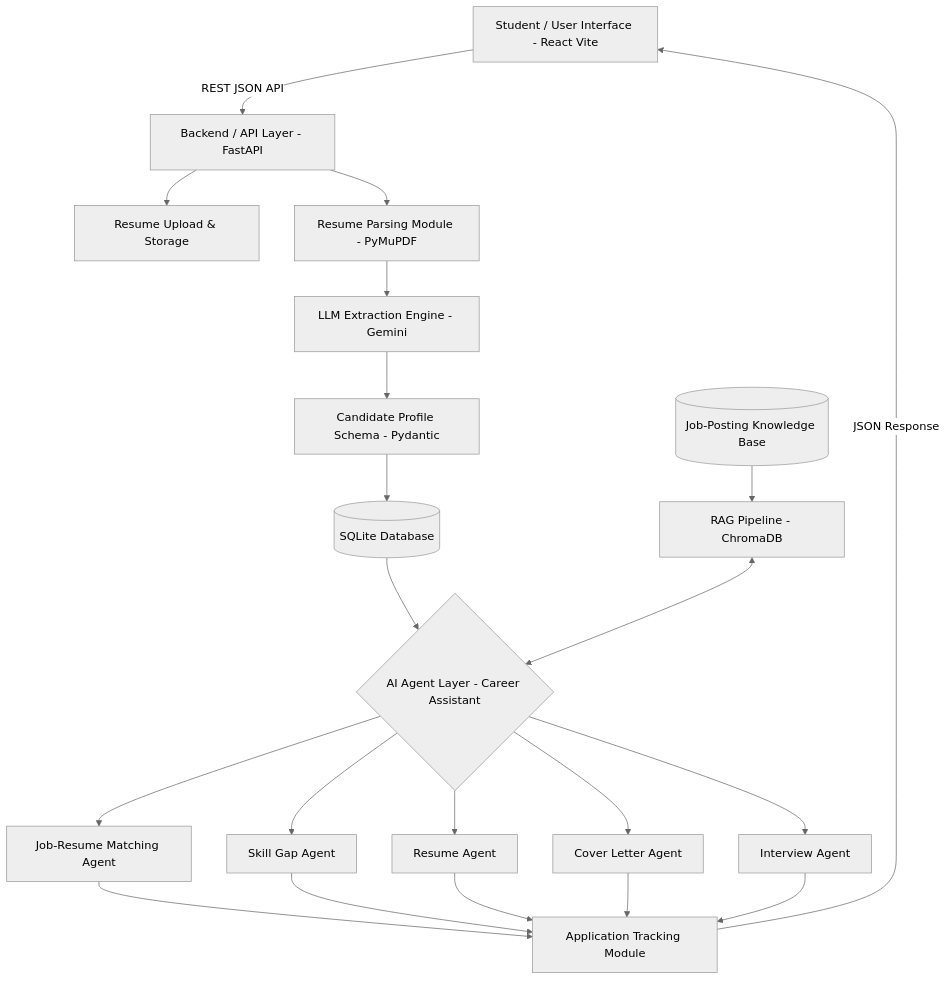
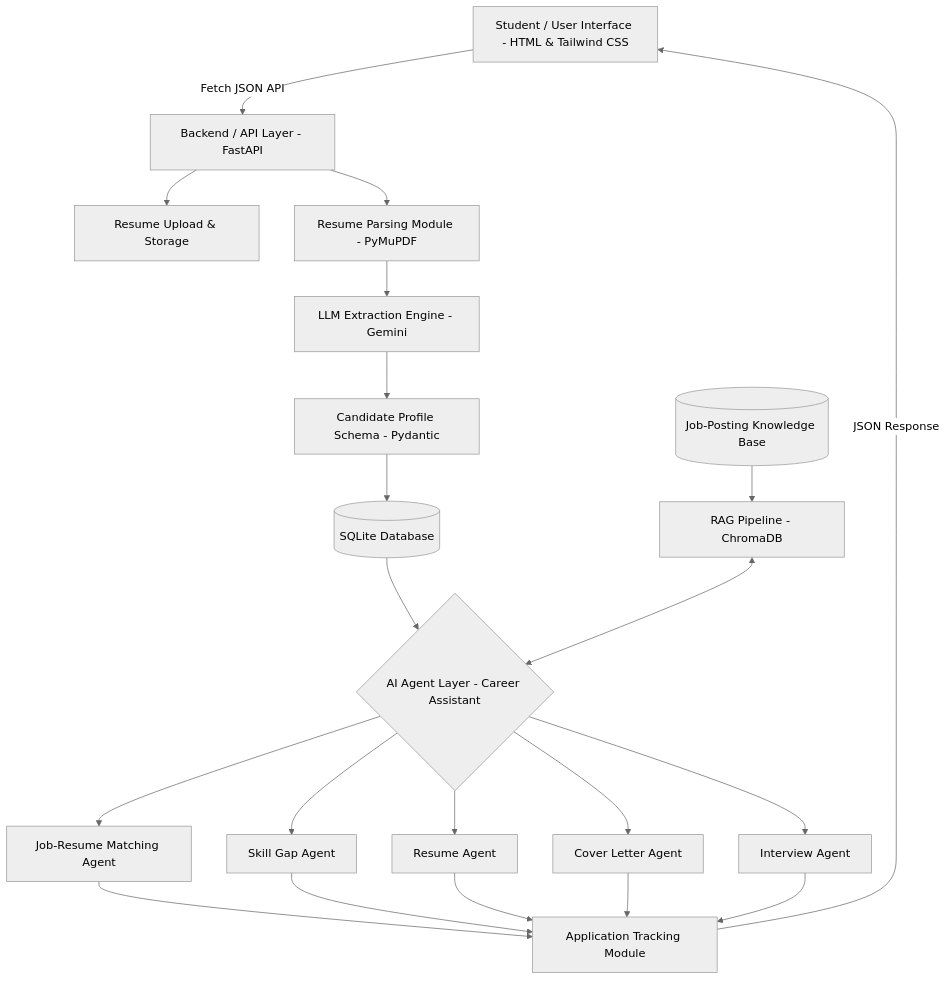
Before and after one commit to Sakshi-bule/AI-Career-Companion-Agent-for-Internship-Matching-and-Interview-Preparation: the diagram in README.md, drawn with Mermaid (neutral theme). The commit also changed other lines of this file, not shown here.

First line of the commit message:
Revise README for UI and data flow updates

````diff
--- a/README.md
+++ b/README.md
@@ -9,19 +9,19 @@
 ```mermaid
 flowchart TD
-    UI[Student / User Interface - React Vite] -->|REST JSON API| API[Backend / API Layer - FastAPI]
+    UI[Student / User Interface - HTML & Tailwind CSS] -->|Fetch JSON API| API[Backend / API Layer - FastAPI]
     API --> Upload[Resume Upload & Storage]
     API --> Parser[Resume Parsing Module - PyMuPDF]
     Parser --> LLM[LLM Extraction Engine - Gemini]
     LLM --> Profile[Candidate Profile Schema - Pydantic]
     Profile --> DB[(SQLite Database)]
     DB --> Router{AI Agent Layer - Career Assistant}
     KB[(Job-Posting Knowledge Base)] --> RAG[RAG Pipeline - ChromaDB]
     RAG <--> Router
     Router --> A1[Job-Resume Matching Agent]
     Router --> A2[Skill Gap Agent]
     Router --> A3[Resume Agent]
     Router --> A4[Cover Letter Agent]
     Router --> A5[Interview Agent]
     A1 & A2 & A3 & A4 & A5 --> Tracker[Application Tracking Module]
     Tracker -->|JSON Response| UI
 ```
````
